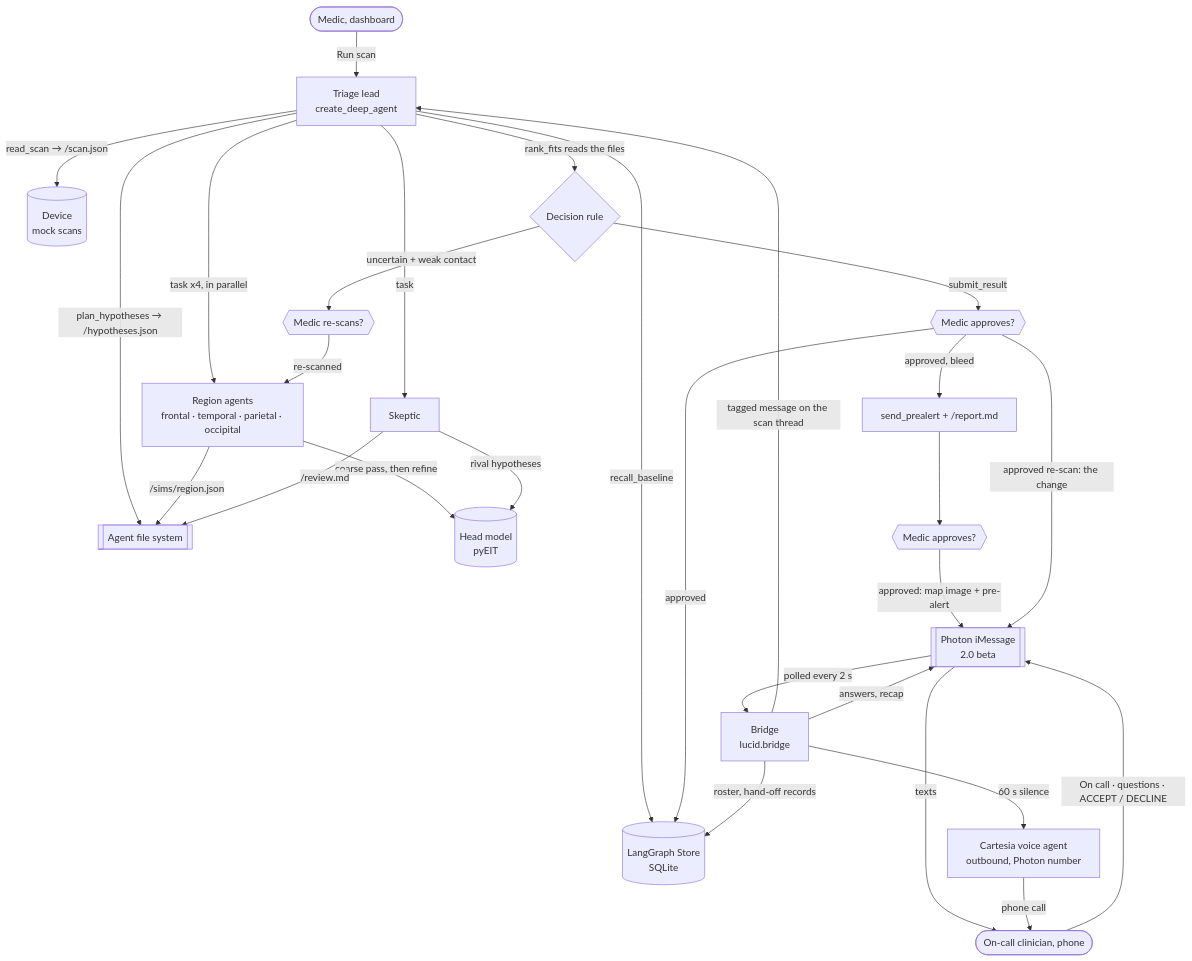
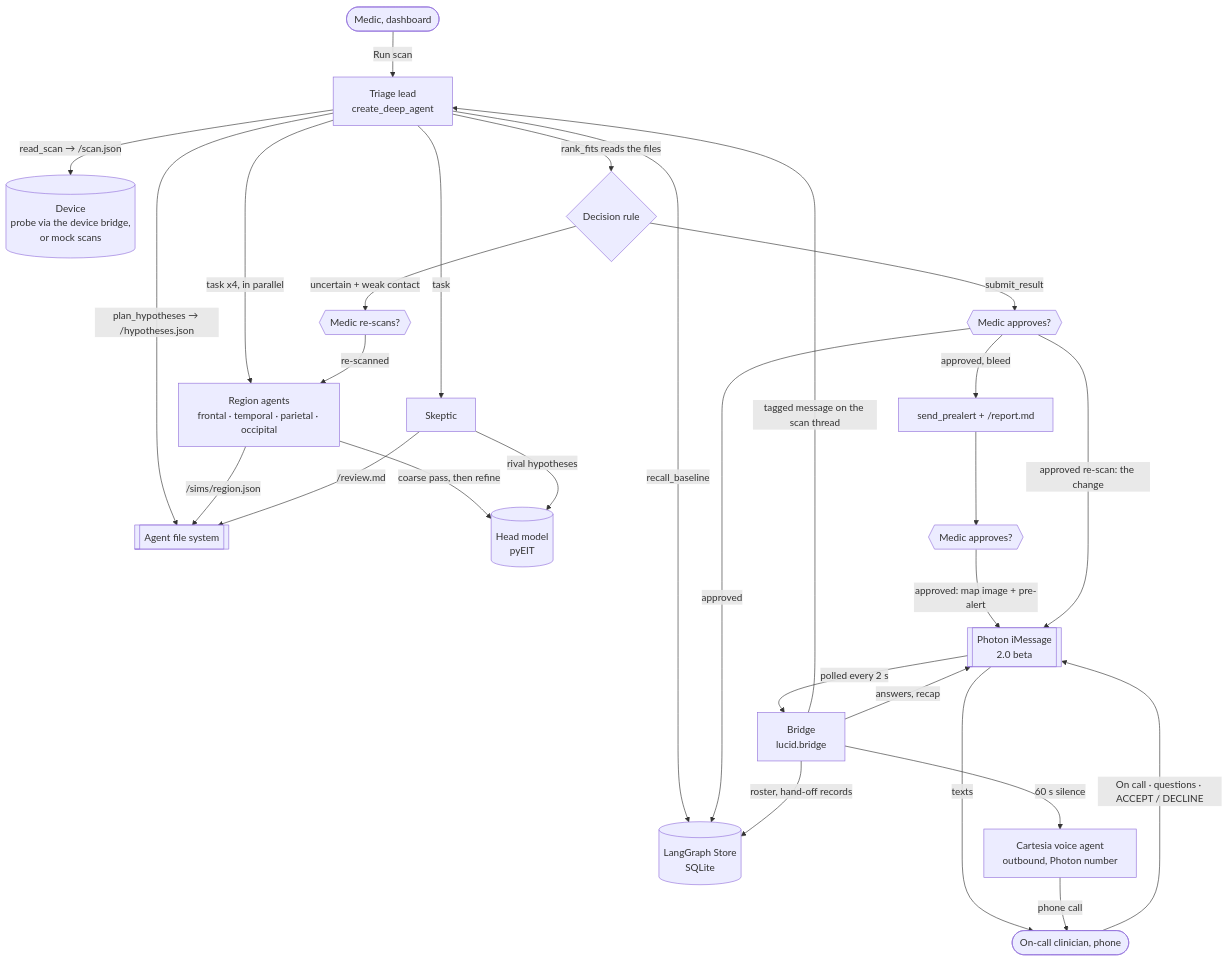
Before and after one commit to at350/hackprinceton-fall-2026: the diagram in agent/README.md, drawn with Mermaid. The commit also changed other lines of this file and 6 other files, not shown here.

````diff
--- a/agent/README.md
+++ b/agent/README.md
@@ -36,31 +38,31 @@
 ```mermaid
 flowchart TD
     medic([Medic, dashboard]) -- "Run scan" --> lead
     lead[Triage lead<br/>create_deep_agent]
-    lead -- "read_scan → /scan.json" --> device[(Device<br/>mock scans)]
+    lead -- "read_scan → /scan.json" --> device[(Device<br/>probe via the device bridge,<br/>or mock scans)]
     lead -- recall_baseline --> store[(LangGraph Store<br/>SQLite)]
     lead -- "plan_hypotheses → /hypotheses.json" --> fs[[Agent file system]]
     lead -- "task x4, in parallel" --> R["Region agents<br/>frontal · temporal · parietal · occipital"]
     R -- "coarse pass, then refine" --> model[(Head model<br/>pyEIT)]
     R -- "/sims/region.json" --> fs
     lead -- "task" --> S[Skeptic]
     S -- "rival hypotheses" --> model
     S -- "/review.md" --> fs
     lead -- "rank_fits reads the files" --> rule{Decision rule}
     rule -- "uncertain + weak contact" --> g0{{Medic re-scans?}}
     g0 -- "re-scanned" --> R
     rule -- submit_result --> g1{{Medic approves?}}
     g1 -- "approved, bleed" --> pre["send_prealert + /report.md"]
     pre --> g2{{Medic approves?}}
     g1 -- approved --> store
     g2 -- "approved: map image + pre-alert" --> ph[[Photon iMessage<br/>2.0 beta]]
     g1 -- "approved re-scan: the change" --> ph
     ph -- texts --> clin([On-call clinician, phone])
     clin -- "On call · questions · ACCEPT / DECLINE" --> ph
     ph -- "polled every 2 s" --> br[Bridge<br/>lucid.bridge]
     br -- "tagged message on the scan thread" --> lead
     br -- "answers, recap" --> ph
     br -- "roster, hand-off records" --> store
     br -- "60 s silence" --> vc[Cartesia voice agent<br/>outbound, Photon number]
     vc -- "phone call" --> clin
 ```
````
